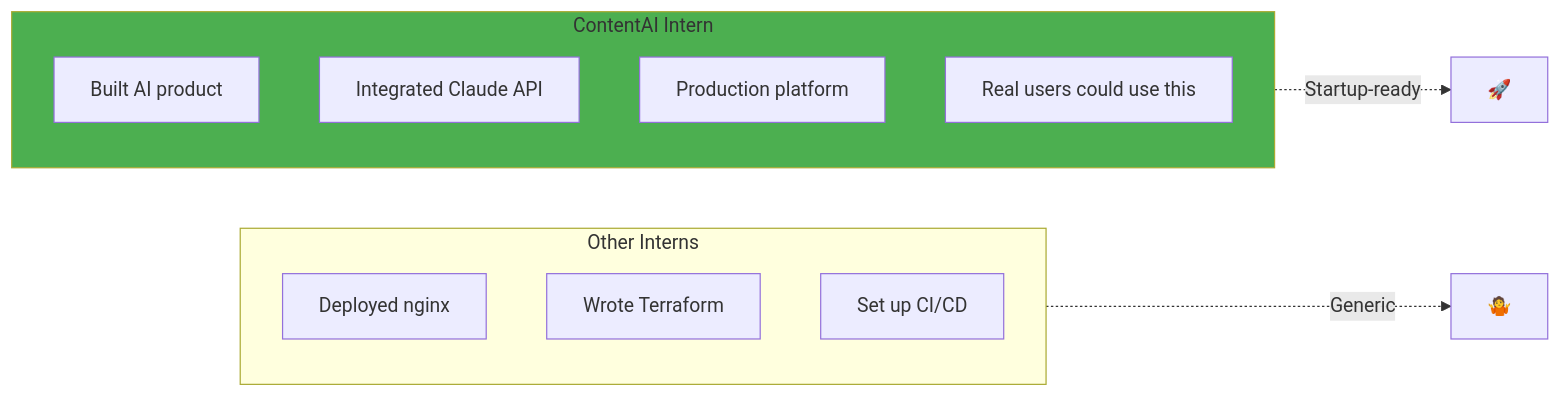
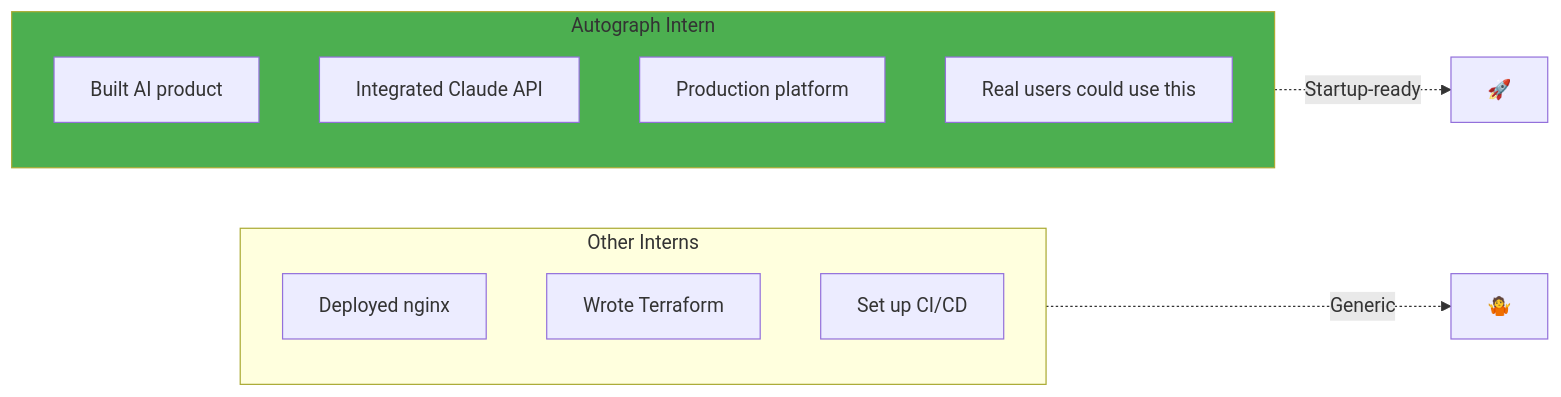
The sixth of 6 diagrams in DevOps/01-Product/02-Market-Context.md (PearlThoughtsInternship/Internship-Obsidian-Vault), drawn with Mermaid before and after one commit. The commit also changed other lines of this file and 8 other files, not shown here.

First line of the commit message:
rebrand: Complete ContentAI → Autograph rename across all docs

````diff
--- a/DevOps/01-Product/02-Market-Context.md
+++ b/DevOps/01-Product/02-Market-Context.md
@@ -263,20 +263,20 @@
 ```mermaid
 flowchart LR
     subgraph Others["Other Interns"]
         O1["Deployed nginx"]
         O2["Wrote Terraform"]
         O3["Set up CI/CD"]
     end
 
-    subgraph You["ContentAI Intern"]
+    subgraph You["Autograph Intern"]
         Y1["Built AI product"]
         Y2["Integrated Claude API"]
         Y3["Production platform"]
         Y4["Real users could use this"]
     end
 
     Others -.->|"Generic"| X["🤷"]
     You -.->|"Startup-ready"| Y["🚀"]
 
     style You fill:#4CAF50
 ```
````
